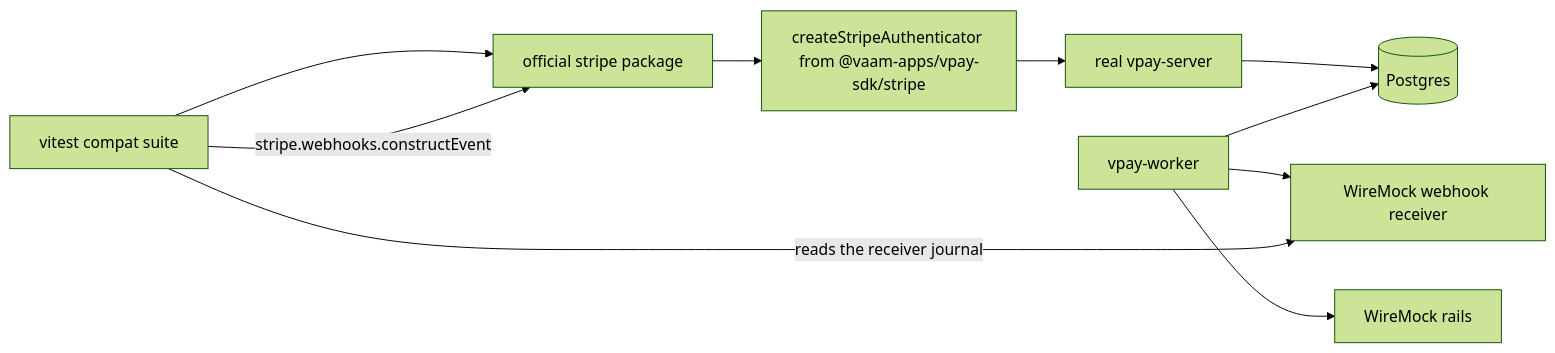
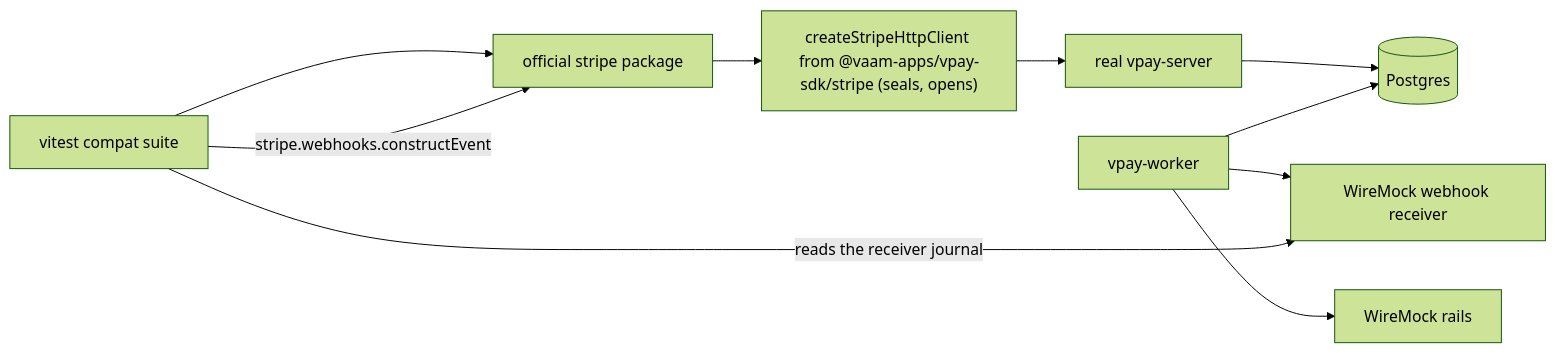
One commit to vaam-apps/vpay-docs changed the second of 2 diagrams in docs/sdks/stripe.md. Above: the diagram before and after it, drawn with Mermaid (forest theme). The commit also changed other lines of this file and 29 other files, not shown here.

````diff
--- a/docs/sdks/stripe.md
+++ b/docs/sdks/stripe.md
@@ -176,12 +178,12 @@
 ```mermaid
 flowchart LR
   T["vitest compat suite"] --> S["official stripe package"]
-  S --> A["createStripeAuthenticator from @vaam-apps/vpay-sdk/stripe"]
+  S --> A["createStripeHttpClient from @vaam-apps/vpay-sdk/stripe (seals, opens)"]
   A --> V["real vpay-server"]
   V --> PG[("Postgres")]
   W["vpay-worker"] --> PG
   W --> R["WireMock rails"]
   W --> RX["WireMock webhook receiver"]
   T -->|"reads the receiver journal"| RX
   T -->|"stripe.webhooks.constructEvent"| S
 ```
````
